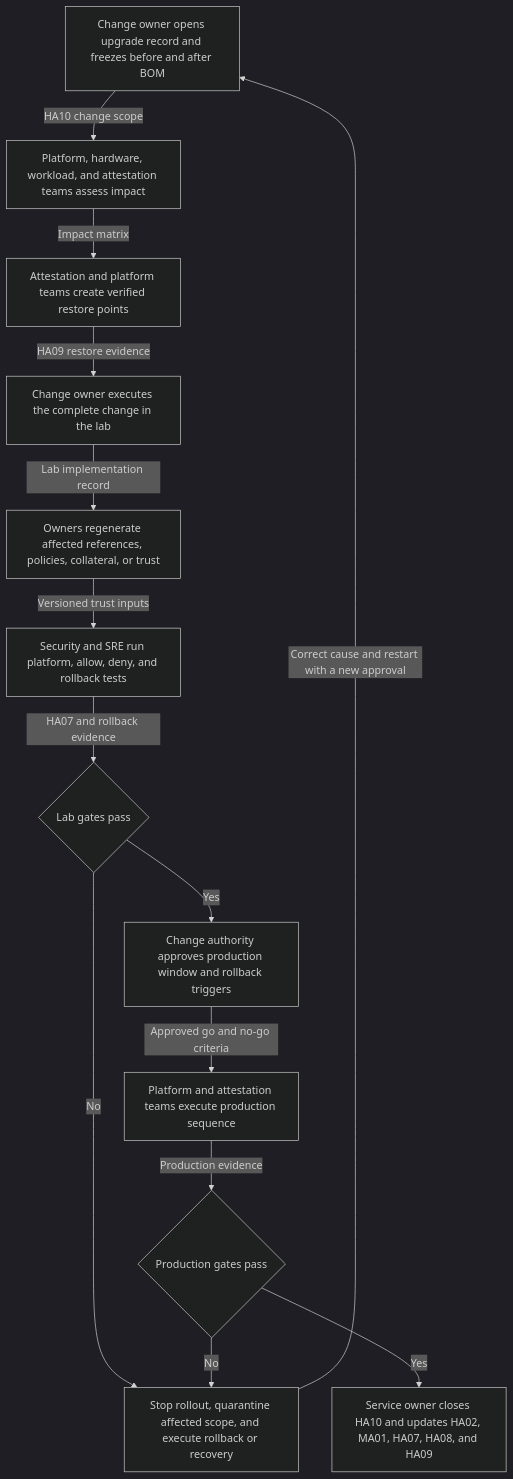
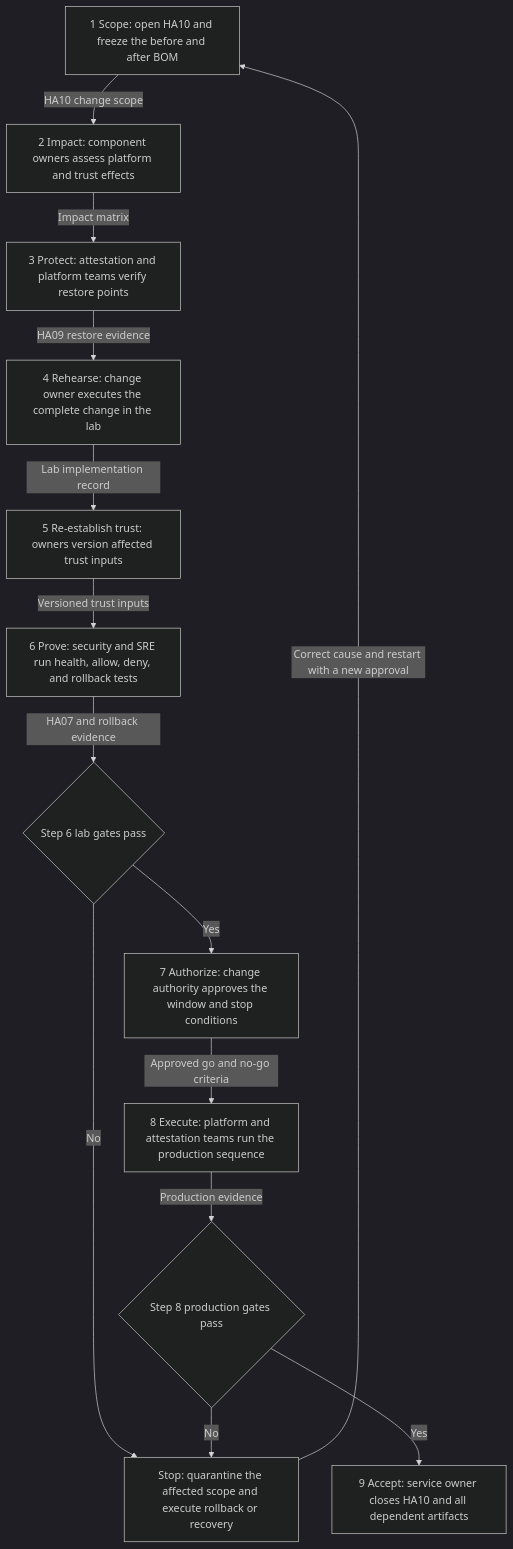
One commit to shpwrck/openshift-confidential-containers changed the third of 3 diagrams in docs/getting-started-and-operations.md. Above: the diagram before and after it, drawn with Mermaid (dark theme). The commit also changed other lines of this file, not shown here.

Commit message:
docs: number workflow diagram steps

````diff
--- a/docs/getting-started-and-operations.md
+++ b/docs/getting-started-and-operations.md
@@ -252,29 +252,29 @@
 ```mermaid
 flowchart TD
-  A["Change owner opens upgrade record and freezes before and after BOM"]
-  B["Platform, hardware, workload, and attestation teams assess impact"]
-  C["Attestation and platform teams create verified restore points"]
-  D["Change owner executes the complete change in the lab"]
-  E["Owners regenerate affected references, policies, collateral, or trust"]
-  F["Security and SRE run platform, allow, deny, and rollback tests"]
-  G{"Lab gates pass"}
-  H["Change authority approves production window and rollback triggers"]
-  I["Platform and attestation teams execute production sequence"]
-  J{"Production gates pass"}
-  K["Service owner closes HA10 and updates HA02, MA01, HA07, HA08, and HA09"]
-  L["Stop rollout, quarantine affected scope, and execute rollback or recovery"]
+  A["1 Scope: open HA10 and freeze the before and after BOM"]
+  B["2 Impact: component owners assess platform and trust effects"]
+  C["3 Protect: attestation and platform teams verify restore points"]
+  D["4 Rehearse: change owner executes the complete change in the lab"]
+  E["5 Re-establish trust: owners version affected trust inputs"]
+  F["6 Prove: security and SRE run health, allow, deny, and rollback tests"]
+  G{"Step 6 lab gates pass"}
+  H["7 Authorize: change authority approves the window and stop conditions"]
+  I["8 Execute: platform and attestation teams run the production sequence"]
+  J{"Step 8 production gates pass"}
+  K["9 Accept: service owner closes HA10 and all dependent artifacts"]
+  L["Stop: quarantine the affected scope and execute rollback or recovery"]
 
   A -->|"HA10 change scope"| B
   B -->|"Impact matrix"| C
   C -->|"HA09 restore evidence"| D
   D -->|"Lab implementation record"| E
   E -->|"Versioned trust inputs"| F
   F -->|"HA07 and rollback evidence"| G
   G -->|"No"| L
   G -->|"Yes"| H
   H -->|"Approved go and no-go criteria"| I
   I -->|"Production evidence"| J
   J -->|"No"| L
   J -->|"Yes"| K
   L -->|"Correct cause and restart with a new approval"| A
 ```
````
